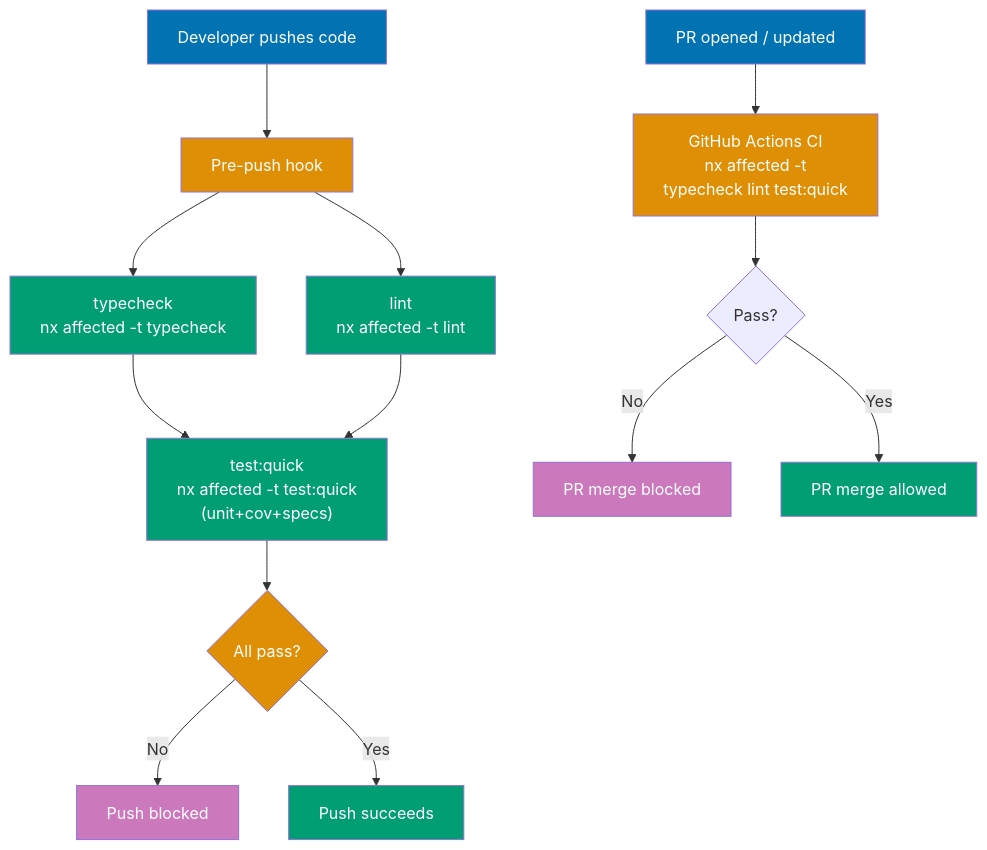
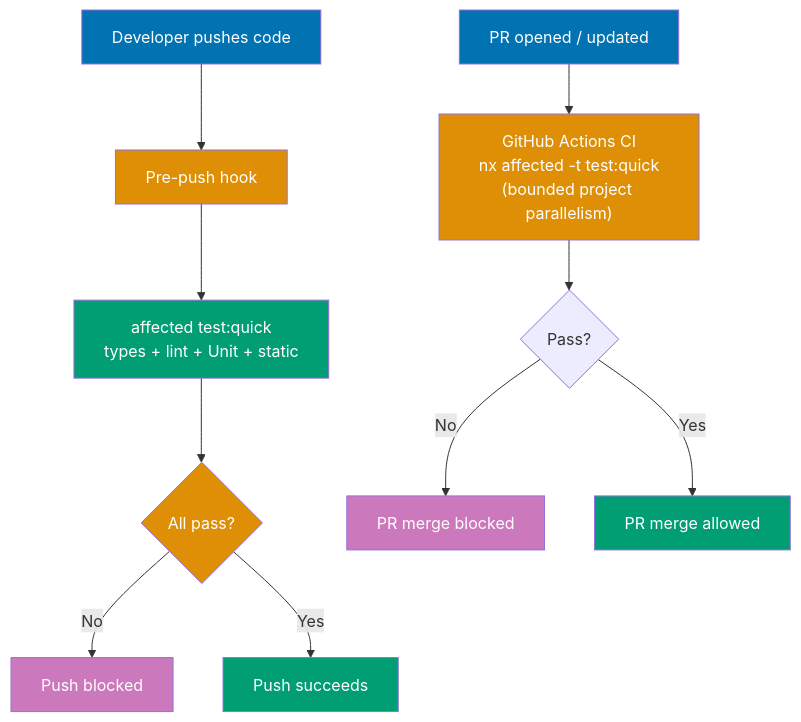
The first of 2 diagrams in repo-governance/development/infra/nx-targets/execution-model.md (wahidyankf/open-sharia-fintech), drawn with Mermaid before and after one commit. The commit also changed other lines of this file and 2403 other files, not shown here.

````diff
--- a/repo-governance/development/infra/nx-targets/execution-model.md
+++ b/repo-governance/development/infra/nx-targets/execution-model.md
@@ -36,29 +29,24 @@
 ```mermaid
 flowchart TD
     A[Developer pushes code] --> B[Pre-push hook]
-    B --> C["typecheck<br/>nx affected -t typecheck"]
-    B --> D["lint<br/>nx affected -t lint"]
-    C --> E["test:quick<br/>nx affected -t test:quick<br/>(unit+cov+specs)"]
-    D --> E
+    B --> E["affected test:quick<br/>types + lint + Unit + static"]
     E --> F{All pass?}
     F -- No --> G[Push blocked]
     F -- Yes --> H[Push succeeds]
 
-    P[PR opened / updated] --> Q["GitHub Actions CI<br/>nx affected -t<br/>typecheck lint test:quick"]
+    P[PR opened / updated] --> Q["GitHub Actions CI<br/>nx affected -t test:quick<br/>(bounded project parallelism)"]
     Q --> R{Pass?}
     R -- No --> S[PR merge blocked]
     R -- Yes --> T[PR merge allowed]
 
     style A fill:#0173B2,color:#fff
     style B fill:#DE8F05,color:#fff
-    style C fill:#029E73,color:#fff
-    style D fill:#029E73,color:#fff
     style E fill:#029E73,color:#fff
     style F fill:#DE8F05,color:#fff
     style G fill:#CC78BC,color:#fff
     style H fill:#029E73,color:#fff
     style P fill:#0173B2,color:#fff
     style Q fill:#DE8F05,color:#fff
     style S fill:#CC78BC,color:#fff
     style T fill:#029E73,color:#fff
 ```
````
